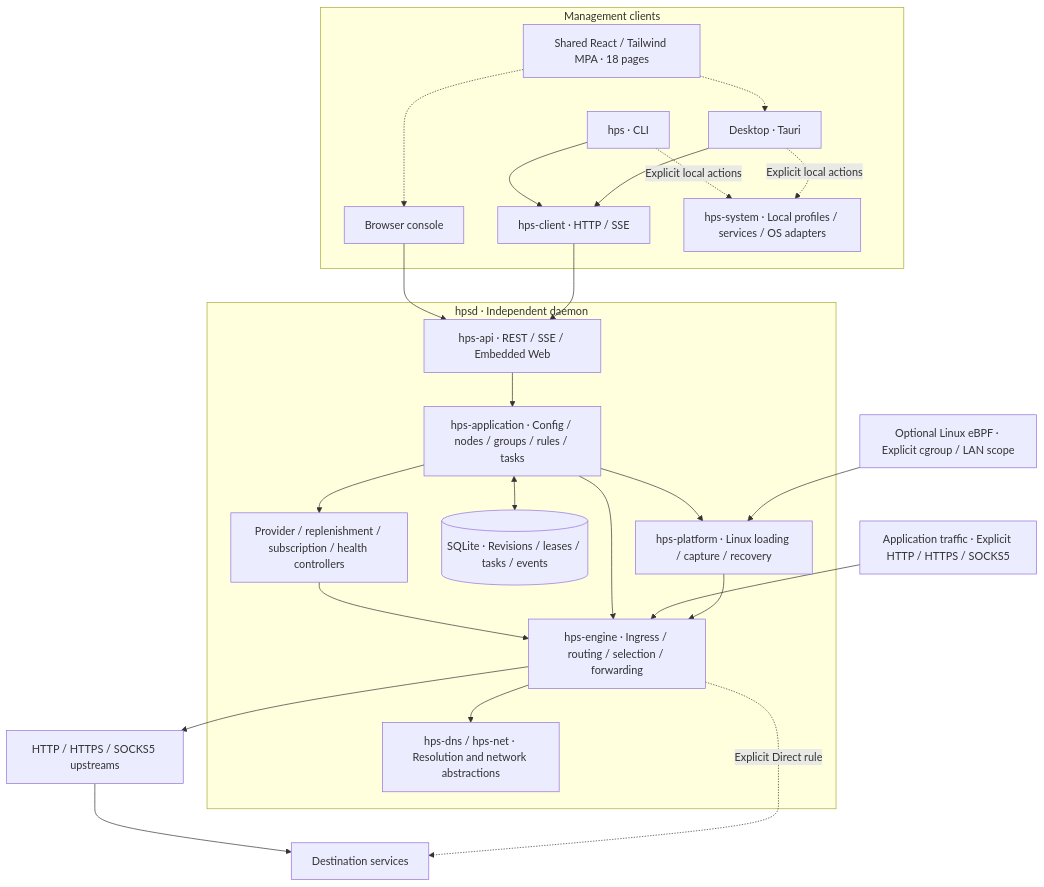
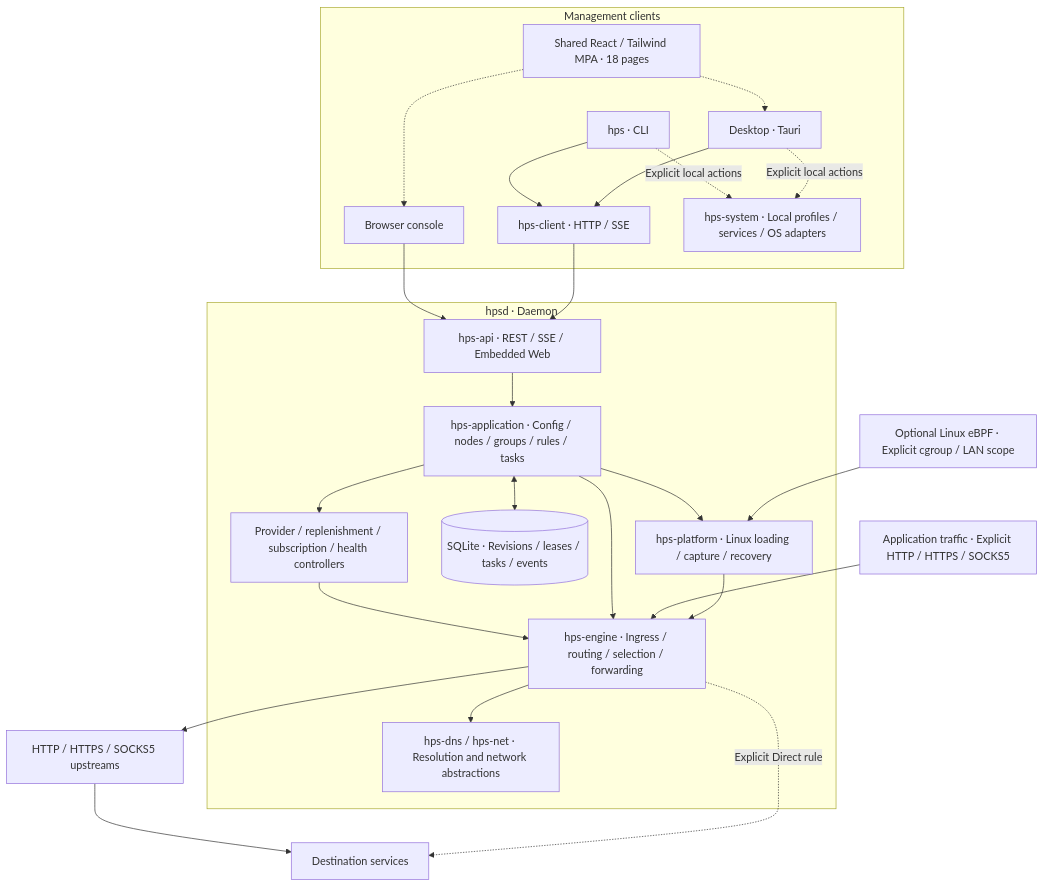
The diagram in README.en.md (go-laoji/honk-proxy-server), drawn with Mermaid before and after one commit. The commit also changed other lines of this file and 3 other files, not shown here.

Commit message:
docs: verify bilingual examples and architecture diagrams

````diff
--- a/README.en.md
+++ b/README.en.md
@@ -59,41 +59,41 @@
 ```mermaid
 flowchart TB
     subgraph Clients["Management clients"]
         CLI["hps · CLI"]
         Browser["Browser console"]
         Desktop["Desktop · Tauri"]
         Web["Shared React / Tailwind MPA · 18 pages"]
         Client["hps-client · HTTP / SSE"]
         Local["hps-system · Local profiles / services / OS adapters"]
         Web -.-> Browser
         Web -.-> Desktop
         CLI --> Client
         Desktop --> Client
         CLI -. "Explicit local actions" .-> Local
         Desktop -. "Explicit local actions" .-> Local
     end
-    subgraph Daemon["hpsd · Independent daemon"]
+    subgraph Daemon["hpsd · Daemon"]
         API["hps-api · REST / SSE / Embedded Web"]
         App["hps-application · Config / nodes / groups / rules / tasks"]
         Controllers["Provider / replenishment / subscription / health controllers"]
         Store[("SQLite · Revisions / leases / tasks / events")]
         Engine["hps-engine · Ingress / routing / selection / forwarding"]
         DNS["hps-dns / hps-net · Resolution and network abstractions"]
         Platform["hps-platform · Linux loading / capture / recovery"]
         API --> App
         App <--> Store
         App --> Controllers
         Controllers --> Engine
         App --> Engine
         Engine --> DNS
         App --> Platform
     end
     Browser --> API
     Client --> API
     Traffic["Application traffic · Explicit HTTP / HTTPS / SOCKS5"] --> Engine
     Kernel["Optional Linux eBPF · Explicit cgroup / LAN scope"] --> Platform
     Platform --> Engine
     Engine --> Upstreams["HTTP / HTTPS / SOCKS5 upstreams"]
     Upstreams --> Destination["Destination services"]
     Engine -. "Explicit Direct rule" .-> Destination
 ```
````
